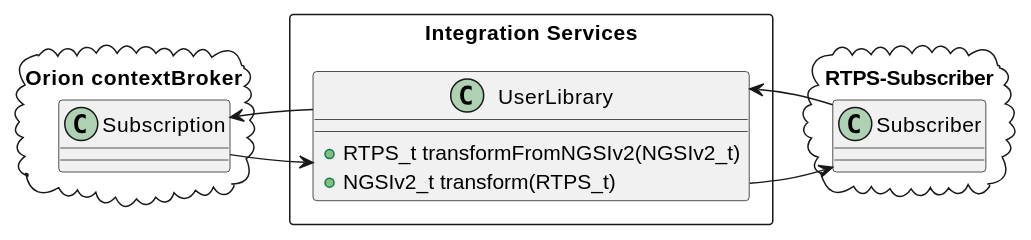
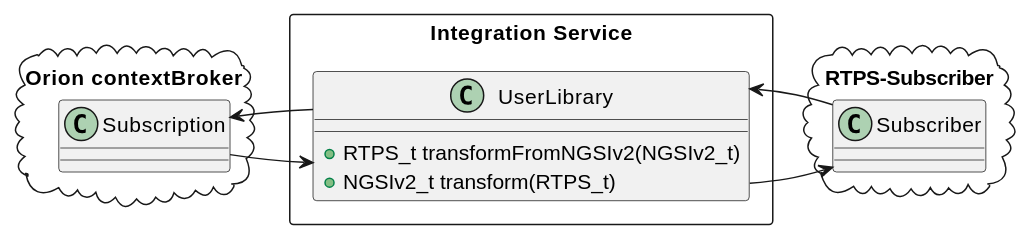
One commit to eProsima/FIROS2 changed the diagram in README.md. Above: the diagram before and after it, drawn with PlantUML. The commit also changed other lines of this file and 42 other files, not shown here.

````diff
--- a/README.md
+++ b/README.md
@@ -7,26 +7,26 @@
 ```plantuml
 @startuml
 
 package "Orion contextBroker" <<Cloud>> {
     class Subscription
 }
 
-package "Integration Services" <<Rectangle>> {
+package "Integration Service" <<Rectangle>> {
     class UserLibrary {
         +RTPS_t transformFromNGSIv2(NGSIv2_t)
         +NGSIv2_t transform(RTPS_t)
     }
 }
 
 Subscription -right-> UserLibrary
 Subscription <-right- UserLibrary
 
 package "RTPS-Subscriber" <<Cloud>> {
     class Subscriber
 }
 
 UserLibrary -left-> Subscriber
 UserLibrary <-left- Subscriber
 
 @enduml
 ```
````
